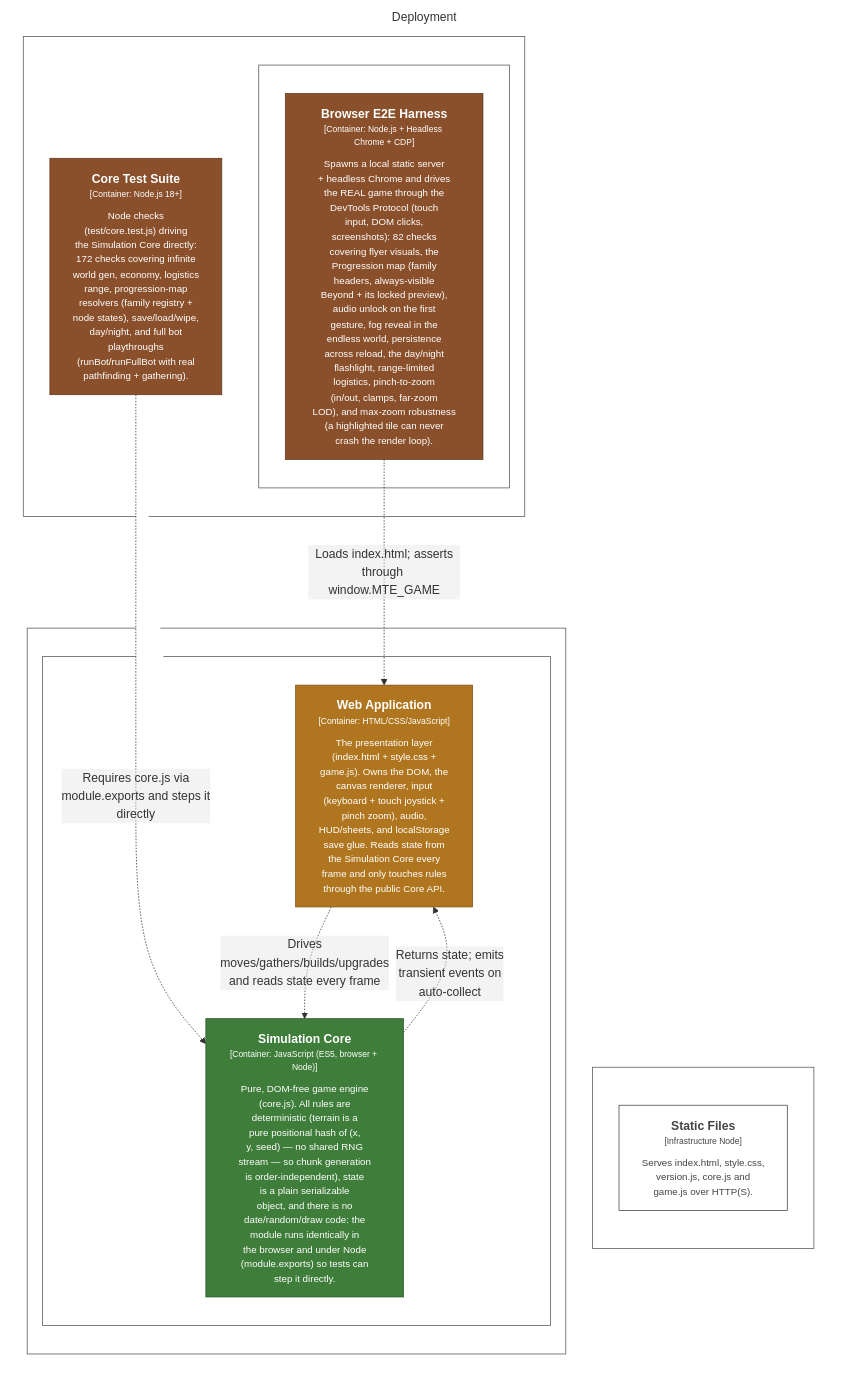
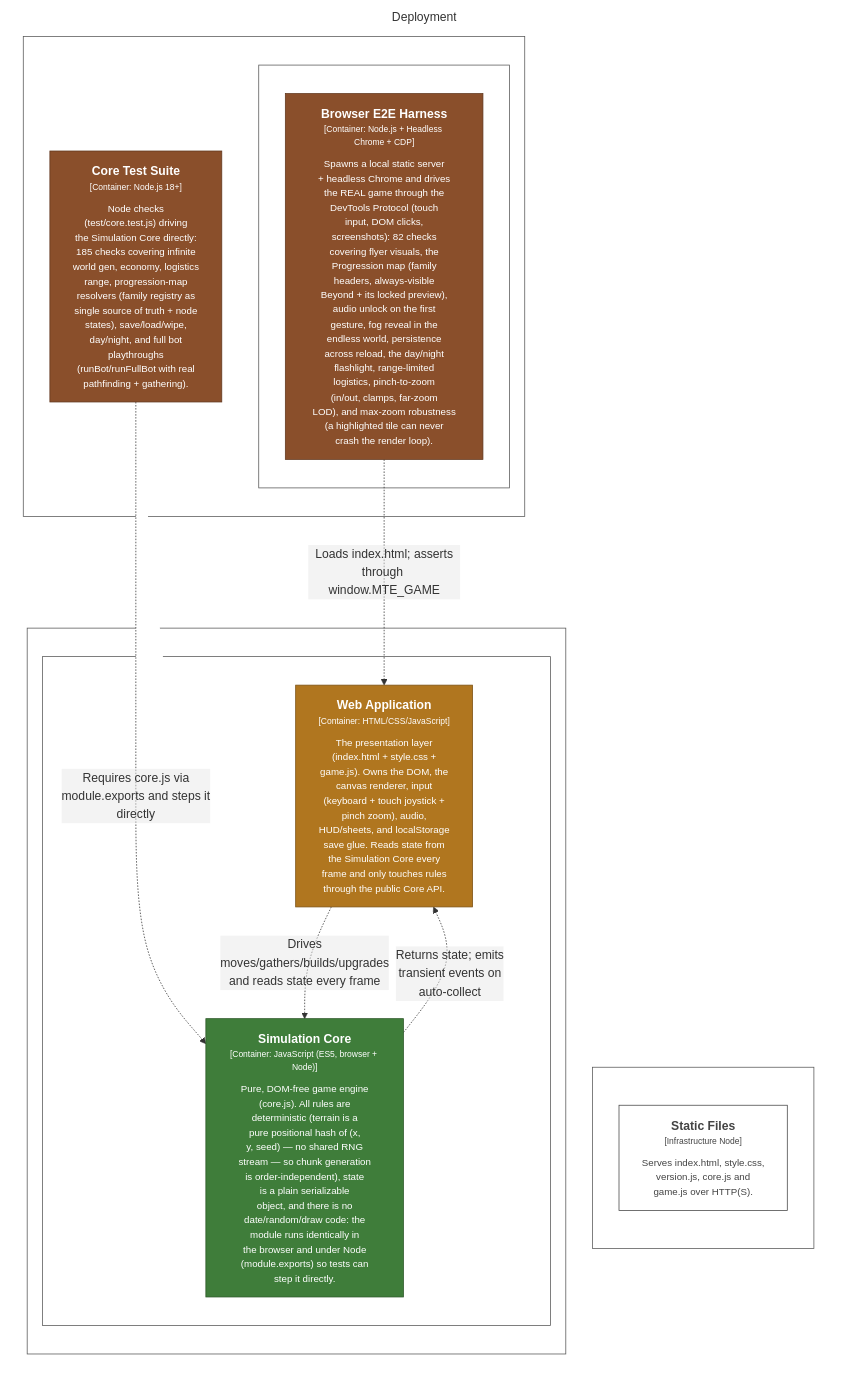
The diagram in structurizr/diagrams/Deployment.mmd (bitkojine/more-than-enough), drawn with Mermaid before and after one commit. The commit also changed 7 other files, not shown here.

First line of the commit message:
v0.13.1: refactor — single-source the progression registry refs (Boy Scout)

```diff
--- a/structurizr/diagrams/Deployment.mmd
+++ b/structurizr/diagrams/Deployment.mmd
@@ -1,48 +1,48 @@
 %% Generated from structurizr/workspace.dsl — do not edit; run: node structurizr/scripts/structurizr.mjs mermaid
 graph LR
   linkStyle default fill:#ffffff
 
   subgraph diagram ["Deployment"]
     style diagram fill:#ffffff,stroke:#ffffff
 
     subgraph 67 ["Browser"]
       style 67 fill:#ffffff,stroke:#575757,color:#ffffff
 
       subgraph 68 ["Browser tab"]
         style 68 fill:#ffffff,stroke:#575757,color:#ffffff
 
         69["<div style='font-weight: bold'>Web Application</div><div style='font-size: 70%; margin-top: 0px'>[Container: HTML/CSS/JavaScript]</div><div style='font-size: 80%; margin-top:10px'>The presentation layer<br />(index.html + style.css +<br />game.js). Owns the DOM, the<br />canvas renderer, input<br />(keyboard + touch joystick +<br />pinch zoom), audio,<br />HUD/sheets, and localStorage<br />save glue. Reads state from<br />the Simulation Core every<br />frame and only touches rules<br />through the public Core API.</div>"]
         style 69 fill:#b0761f,stroke:#7b5215,color:#ffffff
         70["<div style='font-weight: bold'>Simulation Core</div><div style='font-size: 70%; margin-top: 0px'>[Container: JavaScript (ES5, browser + Node)]</div><div style='font-size: 80%; margin-top:10px'>Pure, DOM-free game engine<br />(core.js). All rules are<br />deterministic (terrain is a<br />pure positional hash of (x,<br />y, seed) — no shared RNG<br />stream — so chunk generation<br />is order-independent), state<br />is a plain serializable<br />object, and there is no<br />date/random/draw code: the<br />module runs identically in<br />the browser and under Node<br />(module.exports) so tests can<br />step it directly.</div>"]
         style 70 fill:#3f7d3a,stroke:#2c5728,color:#ffffff
       end
 
     end
 
     subgraph 73 ["Static Host"]
       style 73 fill:#ffffff,stroke:#575757,color:#ffffff
 
       74["<div style='font-weight: bold'>Static Files</div><div style='font-size: 70%; margin-top: 0px'>[Infrastructure Node]</div><div style='font-size: 80%; margin-top:10px'>Serves index.html, style.css,<br />version.js, core.js and<br />game.js over HTTP(S).</div>"]
       style 74 fill:#ffffff,stroke:#444444,color:#444444
     end
 
     subgraph 75 ["Node.js 18+"]
       style 75 fill:#ffffff,stroke:#575757,color:#ffffff
 
-      76["<div style='font-weight: bold'>Core Test Suite</div><div style='font-size: 70%; margin-top: 0px'>[Container: Node.js 18+]</div><div style='font-size: 80%; margin-top:10px'>Node checks<br />(test/core.test.js) driving<br />the Simulation Core directly:<br />172 checks covering infinite<br />world gen, economy, logistics<br />range, progression-map<br />resolvers (family registry +<br />node states), save/load/wipe,<br />day/night, and full bot<br />playthroughs<br />(runBot/runFullBot with real<br />pathfinding + gathering).</div>"]
+      76["<div style='font-weight: bold'>Core Test Suite</div><div style='font-size: 70%; margin-top: 0px'>[Container: Node.js 18+]</div><div style='font-size: 80%; margin-top:10px'>Node checks<br />(test/core.test.js) driving<br />the Simulation Core directly:<br />185 checks covering infinite<br />world gen, economy, logistics<br />range, progression-map<br />resolvers (family registry as<br />single source of truth + node<br />states), save/load/wipe,<br />day/night, and full bot<br />playthroughs<br />(runBot/runFullBot with real<br />pathfinding + gathering).</div>"]
       style 76 fill:#8a4f2b,stroke:#60371e,color:#ffffff
       subgraph 78 ["Headless Chrome"]
         style 78 fill:#ffffff,stroke:#575757,color:#ffffff
 
         79["<div style='font-weight: bold'>Browser E2E Harness</div><div style='font-size: 70%; margin-top: 0px'>[Container: Node.js + Headless Chrome + CDP]</div><div style='font-size: 80%; margin-top:10px'>Spawns a local static server<br />+ headless Chrome and drives<br />the REAL game through the<br />DevTools Protocol (touch<br />input, DOM clicks,<br />screenshots): 82 checks<br />covering flyer visuals, the<br />Progression map (family<br />headers, always-visible<br />Beyond + its locked preview),<br />audio unlock on the first<br />gesture, fog reveal in the<br />endless world, persistence<br />across reload, the day/night<br />flashlight, range-limited<br />logistics, pinch-to-zoom<br />(in/out, clamps, far-zoom<br />LOD), and max-zoom robustness<br />(a highlighted tile can never<br />crash the render loop).</div>"]
         style 79 fill:#8a4f2b,stroke:#60371e,color:#ffffff
       end
 
     end
 
     70-. "<div>Returns state; emits<br />transient events on<br />auto-collect</div><div style='font-size: 70%'></div>" .->69
     69-. "<div>Drives<br />moves/gathers/builds/upgrades<br />and reads state every frame</div><div style='font-size: 70%'></div>" .->70
     76-. "<div>Requires core.js via<br />module.exports and steps it<br />directly</div><div style='font-size: 70%'></div>" .->70
     79-. "<div>Loads index.html; asserts<br />through window.MTE_GAME</div><div style='font-size: 70%'></div>" .->69
 
   end
```
